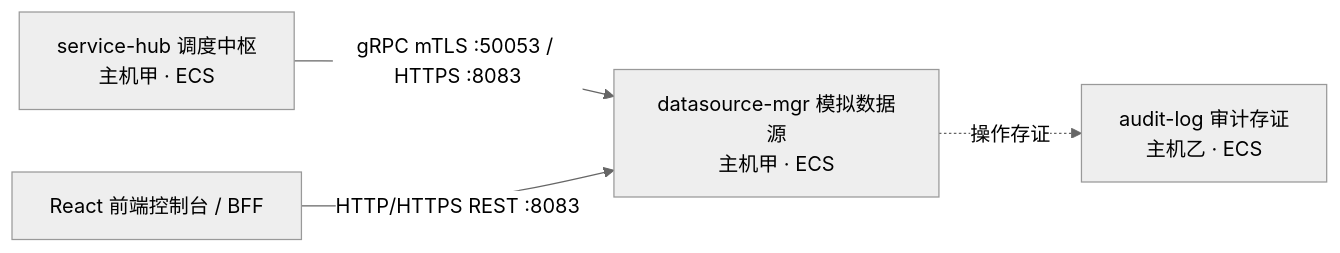
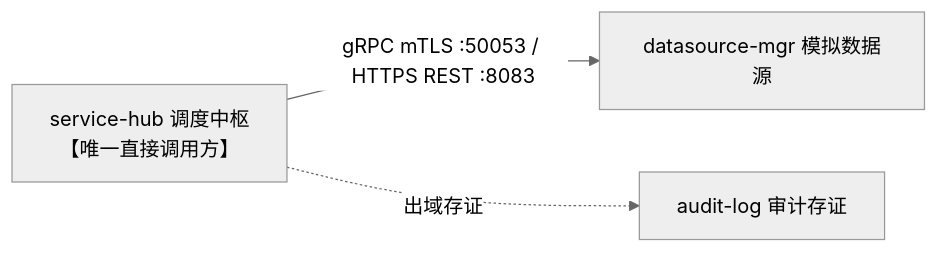
Before and after one commit to fengzhizi319/PrivShield-go: the diagram in services/datasource-mgr/docs/prd.md, drawn with Mermaid (neutral theme). The commit also changed other lines of this file and 68 other files, not shown here.

````diff
--- a/services/datasource-mgr/docs/prd.md
+++ b/services/datasource-mgr/docs/prd.md
@@ -83,6 +90,5 @@
 ```mermaid
 flowchart LR
-    ServiceHub[service-hub 调度中枢<br/>主机甲 · ECS] -->|gRPC mTLS :50053 / HTTPS :8083| DSMgr[datasource-mgr 模拟数据源<br/>主机甲 · ECS]
-    WebConsole[React 前端控制台 / BFF] -->|HTTP/HTTPS REST :8083| DSMgr
-    DSMgr -.->|操作存证| AuditLog[audit-log 审计存证<br/>主机乙 · ECS]
+    ServiceHub[service-hub 调度中枢<br/>【唯一直接调用方】] -->|gRPC mTLS :50053 / HTTPS REST :8083| DSMgr[datasource-mgr 模拟数据源]
+    ServiceHub -.->|出域存证| AuditLog[audit-log 审计存证]
 ```
````
